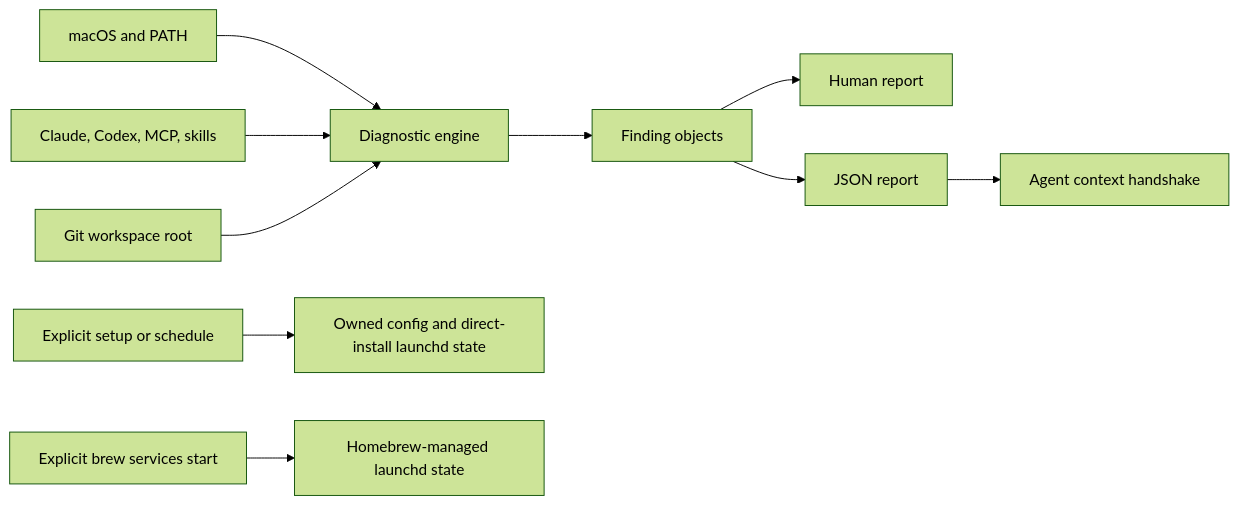
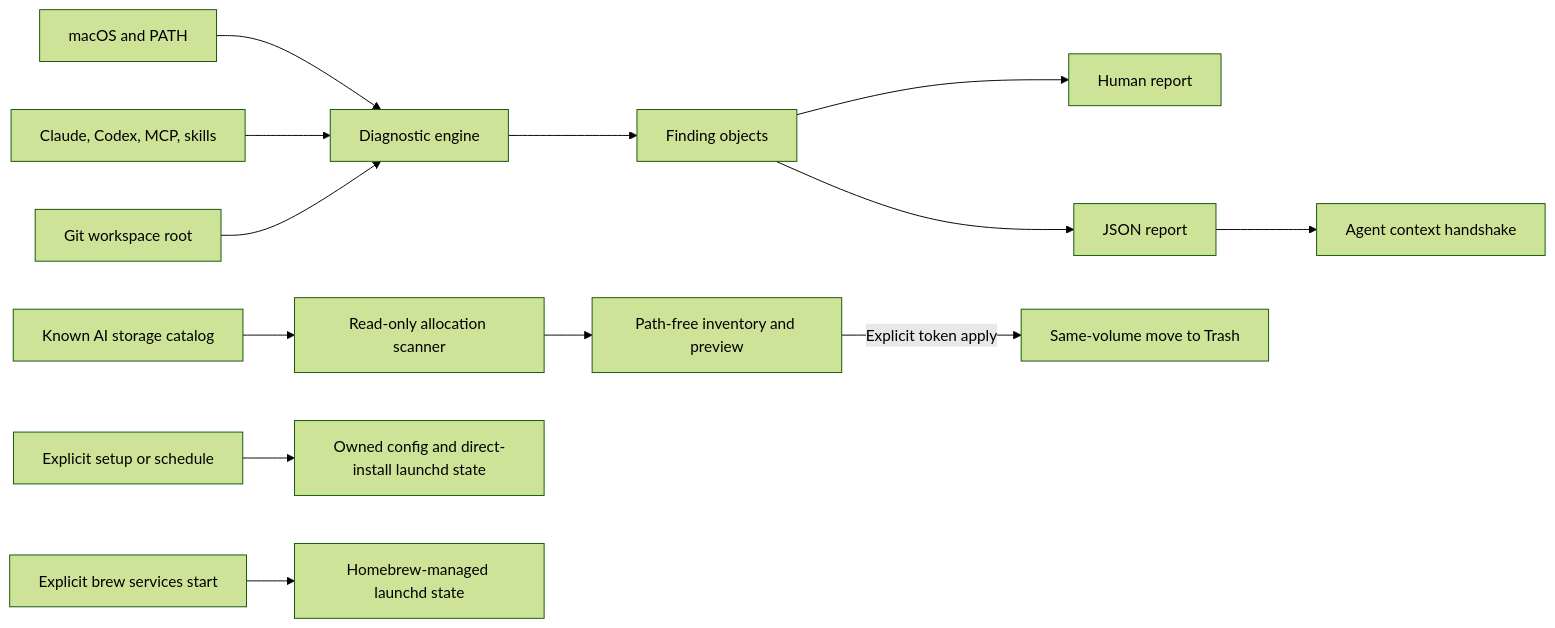
One commit to nyldn/ai-optimizer changed the diagram in docs/architecture.md. Above: the diagram before and after it, drawn with Mermaid (forest theme). The commit also changed other lines of this file and 52 other files, not shown here.

````diff
--- a/docs/architecture.md
+++ b/docs/architecture.md
@@ -6,12 +6,15 @@
 ```mermaid
 flowchart LR
     A[macOS and PATH] --> D[Diagnostic engine]
     B[Claude, Codex, MCP, skills] --> D
     C[Git workspace root] --> D
     D --> E[Finding objects]
     E --> F[Human report]
     E --> G[JSON report]
     G --> L[Agent context handshake]
+    M[Known AI storage catalog] --> N[Read-only allocation scanner]
+    N --> O[Path-free inventory and preview]
+    O -->|Explicit token apply| P[Same-volume move to Trash]
     H[Explicit setup or schedule] --> I[Owned config and direct-install launchd state]
     J[Explicit brew services start] --> K[Homebrew-managed launchd state]
 ```
````
